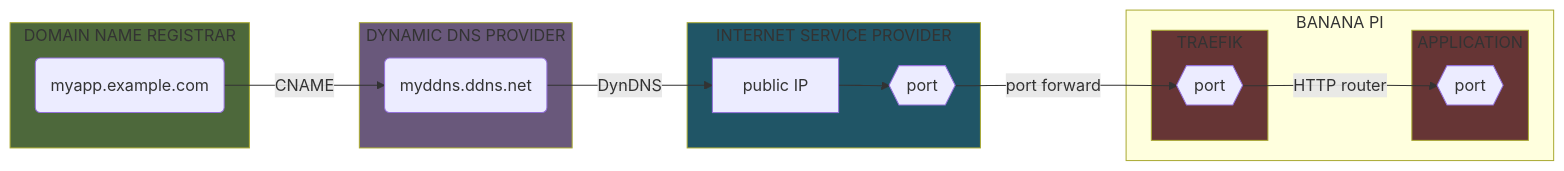
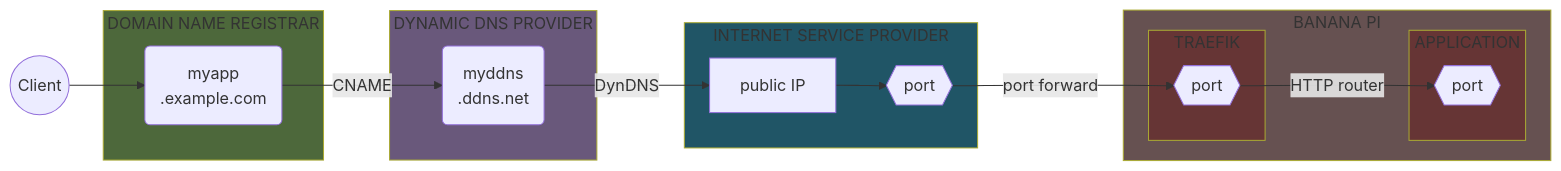
One commit to Yann39/self-hosted changed the second of 12 diagrams in README.md. Above: the diagram before and after it, drawn with Mermaid. The commit also changed other lines of this file and 3 other files, not shown here.

````diff
--- a/README.md
+++ b/README.md
@@ -584,37 +598,46 @@
 ```mermaid
 flowchart LR
     style HOSTING_PROVIDER fill: #4d683b
     style DDNS_PROVIDER fill: #69587b
     style INTERNET_SERVICE_PROVIDER fill: #205566
     style TRAEFIK_CONTAINER fill: #663535
     style APPLICATION fill: #663535
-    SUBDOMAIN_MYAPP(myapp.example.com)
-    DDNS(myddns.ddns.net)
+    style SINGLE_BOARD_COMPUTER fill: #665151
+    CLIENT((Client))
+    SUBDOMAIN_MYAPP(myapp\n.example.com)
+    DDNS(myddns\n.ddns.net)
     ROUTER[public IP]
     ROUTER_PORT{{port}}
     DOCKER_TRAEFIK_PORT{{port}}
     APPLICATION_PORT{{port}}
 
     subgraph HOSTING_PROVIDER[DOMAIN NAME REGISTRAR]
         SUBDOMAIN_MYAPP
     end
 
     subgraph DDNS_PROVIDER[DYNAMIC DNS PROVIDER]
-        SUBDOMAIN_MYAPP -->|CNAME| DDNS
+        DDNS
     end
 
     subgraph INTERNET_SERVICE_PROVIDER[INTERNET SERVICE PROVIDER]
-        DDNS -->|DynDNS| ROUTER
-        ROUTER --> ROUTER_PORT
+        ROUTER
+        ROUTER_PORT
     end
-        
-    subgraph BANANAPI[BANANA PI]
+
+    subgraph SINGLE_BOARD_COMPUTER[BANANA PI]
         subgraph TRAEFIK_CONTAINER[TRAEFIK]
-            ROUTER_PORT -->|port forward| DOCKER_TRAEFIK_PORT
+            DOCKER_TRAEFIK_PORT
         end
 
         subgraph APPLICATION[APPLICATION]
-            DOCKER_TRAEFIK_PORT -->|HTTP router| APPLICATION_PORT
+            APPLICATION_PORT
         end
     end
+
+    CLIENT --> SUBDOMAIN_MYAPP
+    SUBDOMAIN_MYAPP -->|CNAME| DDNS
+    DDNS -->|DynDNS| ROUTER
+    ROUTER --> ROUTER_PORT
+    ROUTER_PORT -->|port forward| DOCKER_TRAEFIK_PORT
+    DOCKER_TRAEFIK_PORT -->|HTTP router| APPLICATION_PORT
 ```
````
